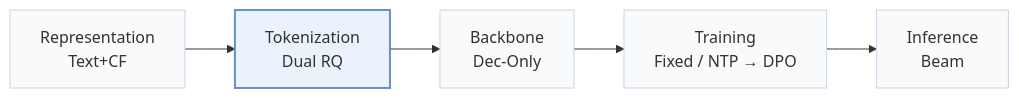
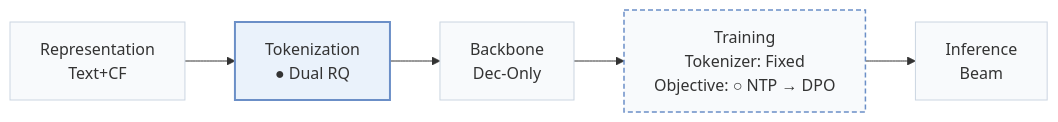
Before and after one commit to Galaxy-ghost/Awesome-SID-Generative-Rec: the first of 3 diagrams in pages/papers/align3gr.md, drawn with Mermaid. The commit also changed other lines of this file and 558 other files, not shown here.

````diff
--- a/pages/papers/align3gr.md
+++ b/pages/papers/align3gr.md
@@ -15,8 +18,10 @@
 ```mermaid
 flowchart LR
-    R["Representation<br/>Text+CF"] --> T["Tokenization<br/>Dual RQ"] --> B["Backbone<br/>Dec-Only"] --> TR["Training<br/>Fixed / NTP → DPO"] --> I["Inference<br/>Beam"]
+    R["Representation<br/>Text+CF"] --> T["Tokenization<br/>● Dual RQ"] --> B["Backbone<br/>Dec-Only"] --> TR["Training<br/>Tokenizer: Fixed<br/>Objective: ○ NTP → DPO"] --> I["Inference<br/>Beam"]
     classDef base fill:#f8fafc,stroke:#cbd5e1
     class R,T,B,TR,I base
+    classDef other fill:#f8fafc,stroke:#6b8fc7,stroke-width:1.5px,stroke-dasharray:5 3
+    class TR other
     classDef main fill:#eaf2fb,stroke:#6b8fc7,stroke-width:2px
     class T main
 ```
````
